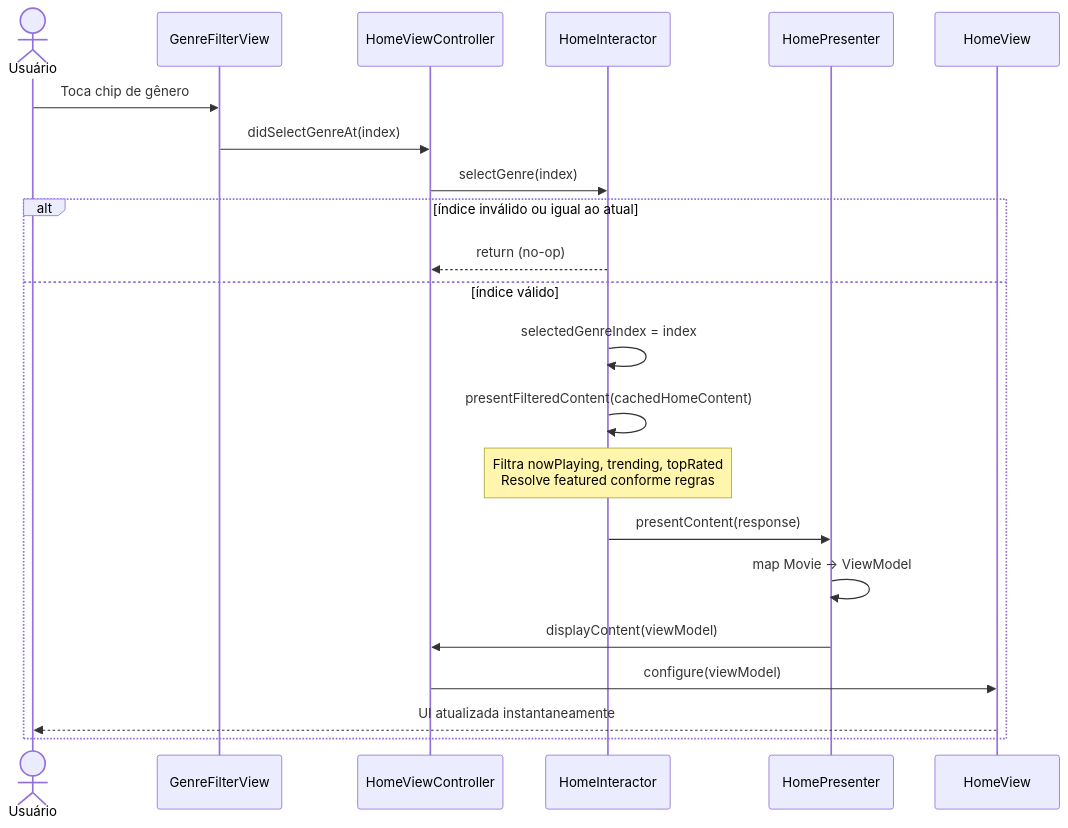
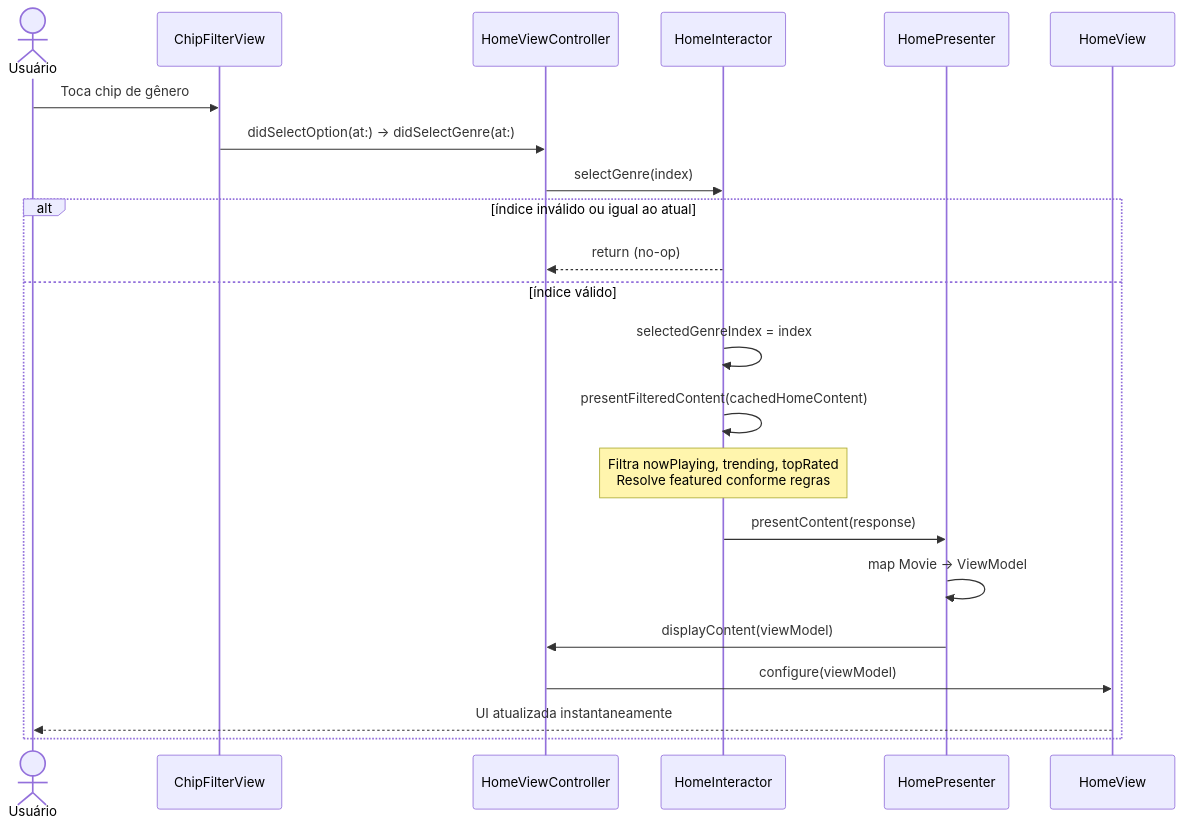
Before and after one commit to gilsonsantos03/cineteca: the fourth of 8 diagrams in cineteca/DOCUMENTACAO-PROJETO.md, drawn with Mermaid. The commit also changed other lines of this file and 27 other files, not shown here.

````diff
--- a/cineteca/DOCUMENTACAO-PROJETO.md
+++ b/cineteca/DOCUMENTACAO-PROJETO.md
@@ -1058,26 +1063,26 @@
 ```mermaid
 sequenceDiagram
     actor Usuário
-    participant GenreFilterView
+    participant ChipFilterView
     participant HomeViewController
     participant HomeInteractor
     participant HomePresenter
     participant HomeView
 
-    Usuário->>GenreFilterView: Toca chip de gênero
-    GenreFilterView->>HomeViewController: didSelectGenreAt(index)
+    Usuário->>ChipFilterView: Toca chip de gênero
+    ChipFilterView->>HomeViewController: didSelectOption(at:) → didSelectGenre(at:)
     HomeViewController->>HomeInteractor: selectGenre(index)
 
     alt índice inválido ou igual ao atual
         HomeInteractor-->>HomeViewController: return (no-op)
     else índice válido
         HomeInteractor->>HomeInteractor: selectedGenreIndex = index
         HomeInteractor->>HomeInteractor: presentFilteredContent(cachedHomeContent)
         Note over HomeInteractor: Filtra nowPlaying, trending, topRated<br/>Resolve featured conforme regras
         HomeInteractor->>HomePresenter: presentContent(response)
         HomePresenter->>HomePresenter: map Movie → ViewModel
         HomePresenter->>HomeViewController: displayContent(viewModel)
         HomeViewController->>HomeView: configure(viewModel)
         HomeView-->>Usuário: UI atualizada instantaneamente
     end
 ```
````
